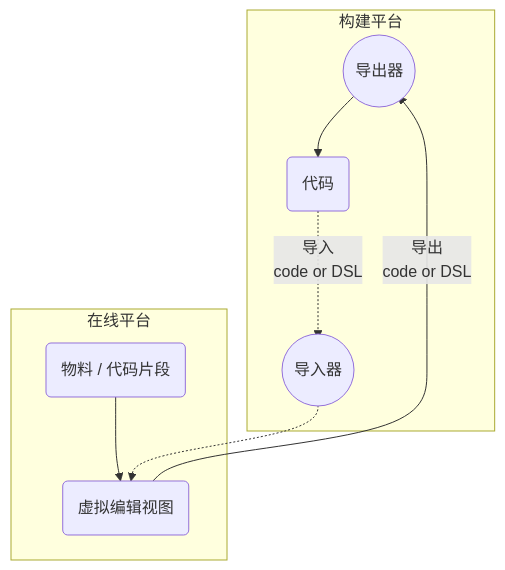
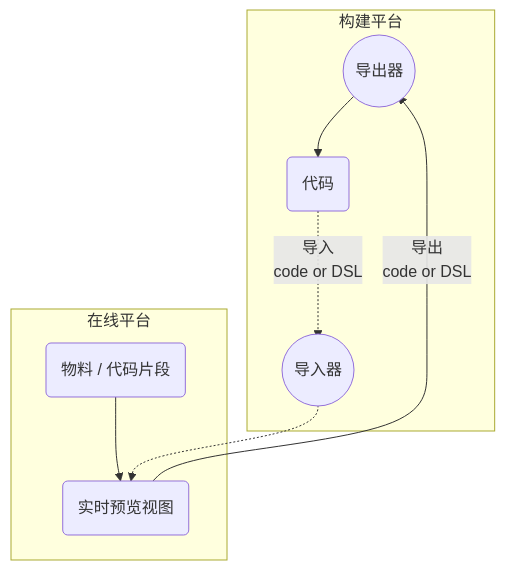
One commit to SpencerYang148/web-knowledge changed the first of 2 diagrams in 工程化/低代码/实现思路/初步思路.md. Above: the diagram before and after it, drawn with Mermaid. The commit also changed other lines of this file and 3 other files, not shown here.

````diff
--- a/工程化/低代码/实现思路/初步思路.md
+++ b/工程化/低代码/实现思路/初步思路.md
@@ -2,17 +2,17 @@
 ```mermaid
 flowchart TB
 subgraph 在线平台
-B(虚拟编辑视图)
+B(实时预览视图)
 C(物料 / 代码片段)
 C --> B
 end
 subgraph 构建平台
 A(代码)
 2((导出器)):::processor
 3((导入器)):::processor
 B --导出\ncode or DSL--> 2
 2 --> A
 A -.导入\ncode or DSL.-> 3 -.-> B
 end
 classDef processor r:36px;
 ```
````
